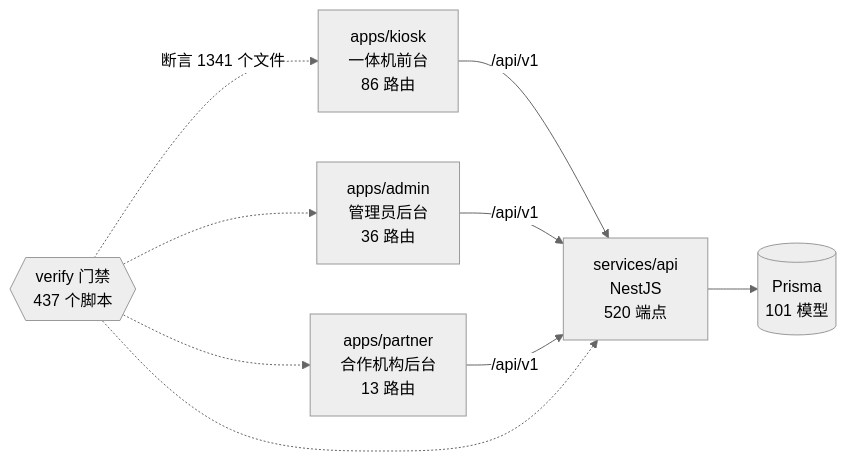
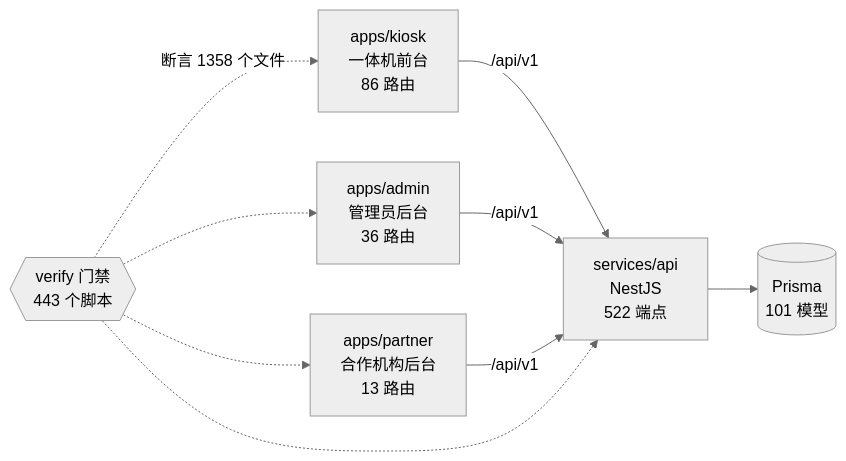
The diagram in docs/graph/README.md (wanglei581/YITIJI), drawn with Mermaid (neutral theme) before and after one commit. The commit also changed other lines of this file and 8 other files, not shown here.

Commit message:
docs(progress,reviews,graph): 结果层补漏 L 组六包合入记录、逐包标已合入、next-tasks 状态 + 图谱重生成

````diff
--- a/docs/graph/README.md
+++ b/docs/graph/README.md
@@ -68,18 +68,18 @@
 ```mermaid
 flowchart LR
   kiosk["apps/kiosk<br/>一体机前台<br/>86 路由"]
   admin["apps/admin<br/>管理员后台<br/>36 路由"]
   partner["apps/partner<br/>合作机构后台<br/>13 路由"]
-  api["services/api<br/>NestJS<br/>520 端点"]
+  api["services/api<br/>NestJS<br/>522 端点"]
   db[("Prisma<br/>101 模型")]
-  gates{{"verify 门禁<br/>437 个脚本"}}
+  gates{{"verify 门禁<br/>443 个脚本"}}
 
   kiosk -->|"/api/v1"| api
   admin -->|"/api/v1"| api
   partner -->|"/api/v1"| api
   api --> db
-  gates -.->|"断言 1341 个文件"| kiosk
+  gates -.->|"断言 1358 个文件"| kiosk
   gates -.-> admin
   gates -.-> partner
   gates -.-> api
 ```
````
